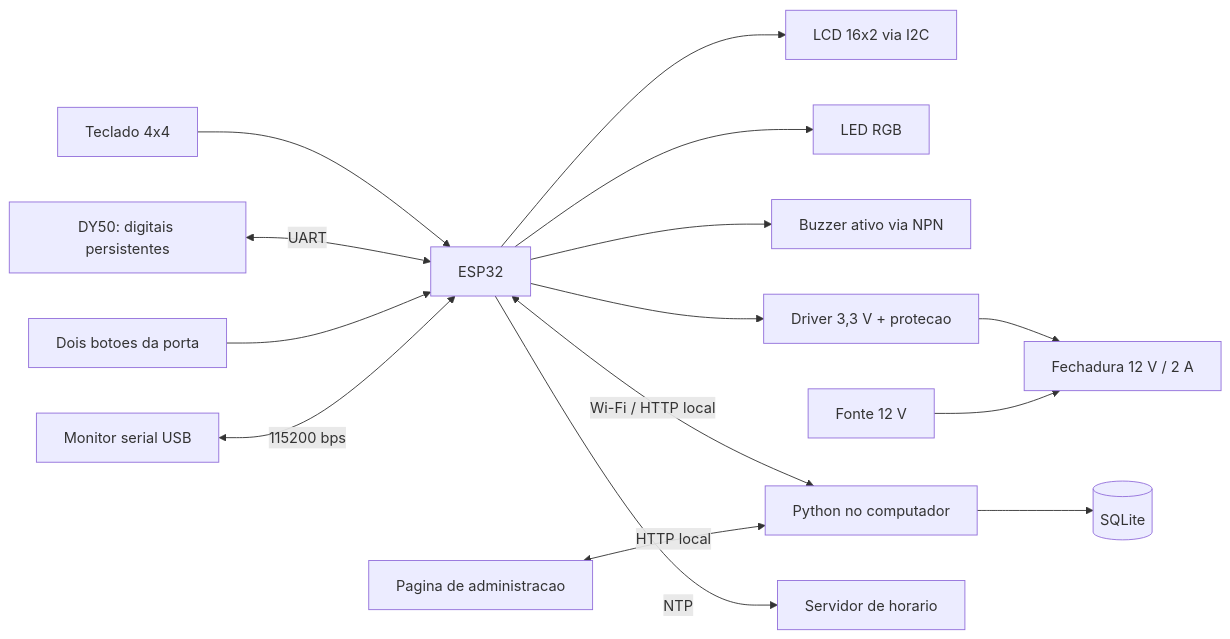
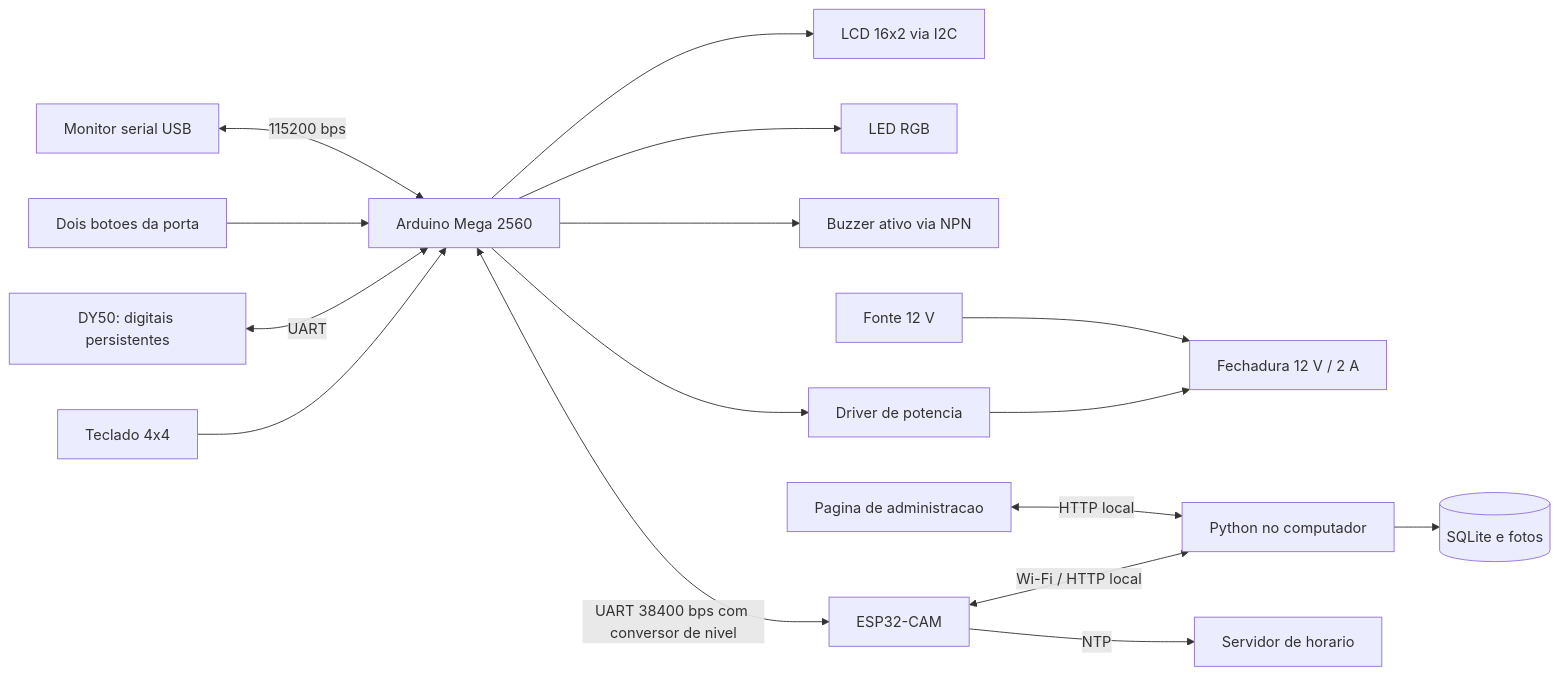
Before and after one commit to marceloxreis/sistema-embarcados: the diagram in README.md, drawn with Mermaid. The commit also changed other lines of this file and 75 other files, not shown here.

First line of the commit message:
Arquitetura Mega 2560 + ESP32-CAM com foto por acesso autorizado

````diff
--- a/README.md
+++ b/README.md
@@ -27,17 +106,18 @@
 ```mermaid
 flowchart LR
-    Teclado[Teclado 4x4] --> ESP[ESP32]
-    DY[DY50: digitais persistentes] <-->|UART| ESP
-    Sensores[Dois botoes da porta] --> ESP
-    ESP --> LCD[LCD 16x2 via I2C]
-    ESP --> LED[LED RGB]
-    ESP --> Buzzer[Buzzer ativo via NPN]
-    ESP --> Driver[Driver 3,3 V + protecao]
+    Teclado[Teclado 4x4] --> Mega[Arduino Mega 2560]
+    DY[DY50: digitais persistentes] <-->|UART| Mega
+    Sensores[Dois botoes da porta] --> Mega
+    Mega --> LCD[LCD 16x2 via I2C]
+    Mega --> LED[LED RGB]
+    Mega --> Buzzer[Buzzer ativo via NPN]
+    Mega --> Driver[Driver de potencia]
     Driver --> Trava[Fechadura 12 V / 2 A]
     Fonte[Fonte 12 V] --> Trava
-    ESP <-->|Wi-Fi / HTTP local| Servidor[Python no computador]
-    Servidor --> Banco[(SQLite)]
+    Mega <-->|UART 38400 bps com conversor de nivel| CAM[ESP32-CAM]
+    CAM <-->|Wi-Fi / HTTP local| Servidor[Python no computador]
+    Servidor --> Banco[(SQLite e fotos)]
     Navegador[Pagina de administracao] <-->|HTTP local| Servidor
-    ESP -->|NTP| Horario[Servidor de horario]
-    USB[Monitor serial USB] <-->|115200 bps| ESP
+    CAM -->|NTP| Horario[Servidor de horario]
+    USB[Monitor serial USB] <-->|115200 bps| Mega
 ```
````
